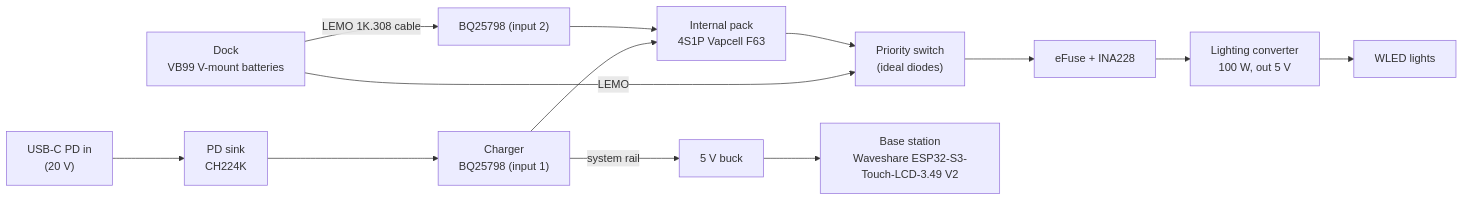
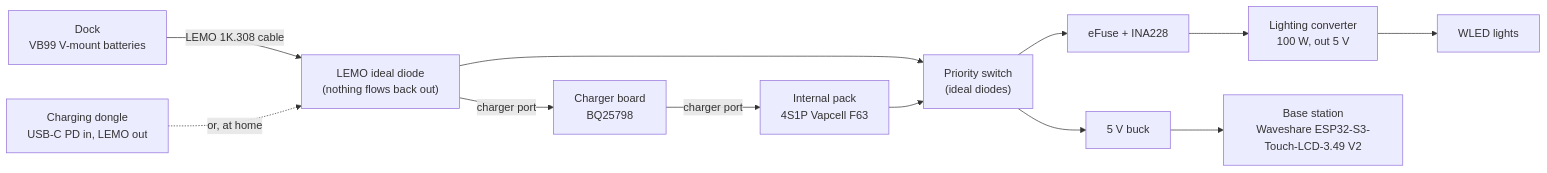
The first of 2 diagrams in docs/power.md (snowyfox/Nibbles), drawn with Mermaid before and after one commit. The commit also changed other lines of this file and 51 other files, not shown here.

````diff
--- a/docs/power.md
+++ b/docs/power.md
@@ -21,15 +26,14 @@
 ```mermaid
 flowchart LR
-  USB["USB-C PD in<br/>(20 V)"] --> PD["PD sink<br/>CH224K"]
-  PD --> CHG["Charger<br/>BQ25798 (input 1)"]
-  DOCK["Dock<br/>VB99 V-mount batteries"] -- "LEMO 1K.308 cable" --> CHG2["BQ25798 (input 2)"]
-  DOCK -- "LEMO" --> MUX["Priority switch<br/>(ideal diodes)"]
-  CHG --> PACK["Internal pack<br/>4S1P Vapcell F63"]
-  CHG2 --> PACK
+  DOCK["Dock<br/>VB99 V-mount batteries"] -- "LEMO 1K.308 cable" --> LEMO["LEMO ideal diode<br/>(nothing flows back out)"]
+  DONGLE["Charging dongle<br/>USB-C PD in, LEMO out"] -. "or, at home" .-> LEMO
+  LEMO -- "charger port" --> CHG["Charger board<br/>BQ25798"]
+  LEMO --> MUX["Priority switch<br/>(ideal diodes)"]
+  CHG -- "charger port" --> PACK["Internal pack<br/>4S1P Vapcell F63"]
   PACK --> MUX
   MUX --> EFUSE["eFuse + INA228"]
   EFUSE --> CONV["Lighting converter<br/>100 W, out 5 V"]
   CONV --> LEDS["WLED lights"]
-  CHG -- "system rail" --> BUCK["5 V buck"]
+  MUX --> BUCK["5 V buck"]
   BUCK --> BASE["Base station<br/>Waveshare ESP32-S3-Touch-LCD-3.49 V2"]
 ```
````
